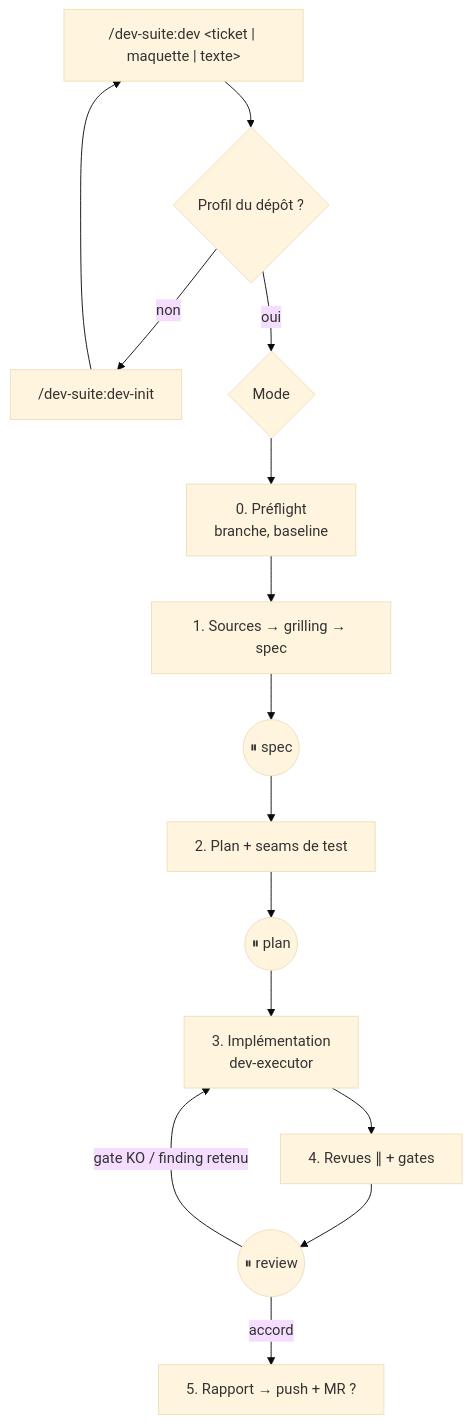
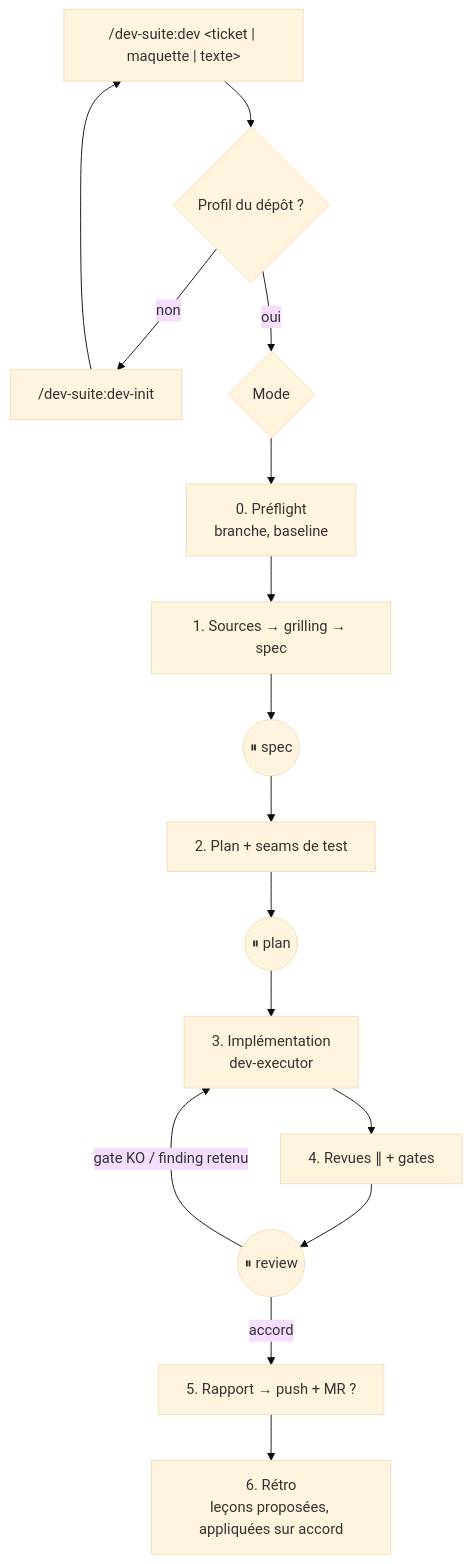
Before and after one commit to idir-a/dev-suite: the first of 19 diagrams in docs/workflow.md, drawn with Mermaid (base theme). The commit also changed other lines of this file and 1 other file, not shown here.

````diff
--- a/docs/workflow.md
+++ b/docs/workflow.md
@@ -23,16 +24,17 @@
 ```mermaid
 flowchart TD
     A["/dev-suite:dev &lt;ticket | maquette | texte&gt;"] --> P{Profil du dépôt ?}
     P -- non --> I["/dev-suite:dev-init"] --> A
     P -- oui --> M{Mode}
     M --> S0["0. Préflight<br/>branche, baseline"]
     S0 --> S1["1. Sources → grilling → spec"]
     S1 --> G1(("⏸ spec"))
     G1 --> S2["2. Plan + seams de test"]
     S2 --> G2(("⏸ plan"))
     G2 --> S3["3. Implémentation<br/>dev-executor"]
     S3 --> S4["4. Revues ∥ + gates"]
     S4 --> G3(("⏸ review"))
     G3 -- "gate KO / finding retenu" --> S3
     G3 -- accord --> S5["5. Rapport → push + MR ?"]
+    S5 --> S6["6. Rétro<br/>leçons proposées, appliquées sur accord"]
 ```
````
